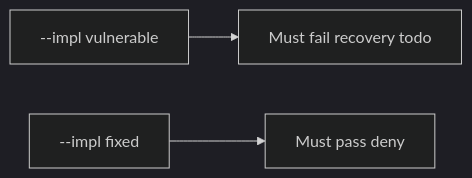
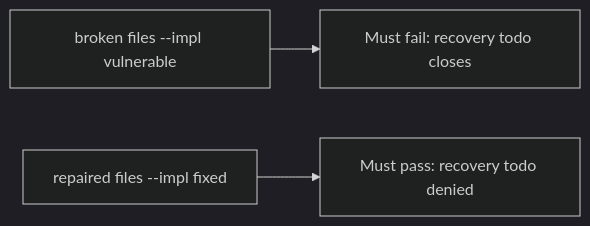
Before and after one commit to ishitvagoel/LearnSecurity: the diagram in content/modules/10/10.5/lessons/05-verify.md, drawn with Mermaid (dark theme). The commit also changed other lines of this file and 39 other files, not shown here.

````diff
--- a/content/modules/10/10.5/lessons/05-verify.md
+++ b/content/modules/10/10.5/lessons/05-verify.md
@@ -15,5 +14,5 @@
 ```mermaid
 flowchart LR
-  V["--impl vulnerable"] --> F["Must fail recovery todo"]
-  X["--impl fixed"] --> P["Must pass deny"]
+  V["broken files --impl vulnerable"] --> F[Must fail: recovery todo closes]
+  X["repaired files --impl fixed"] --> P[Must pass: recovery todo denied]
 ```
````
